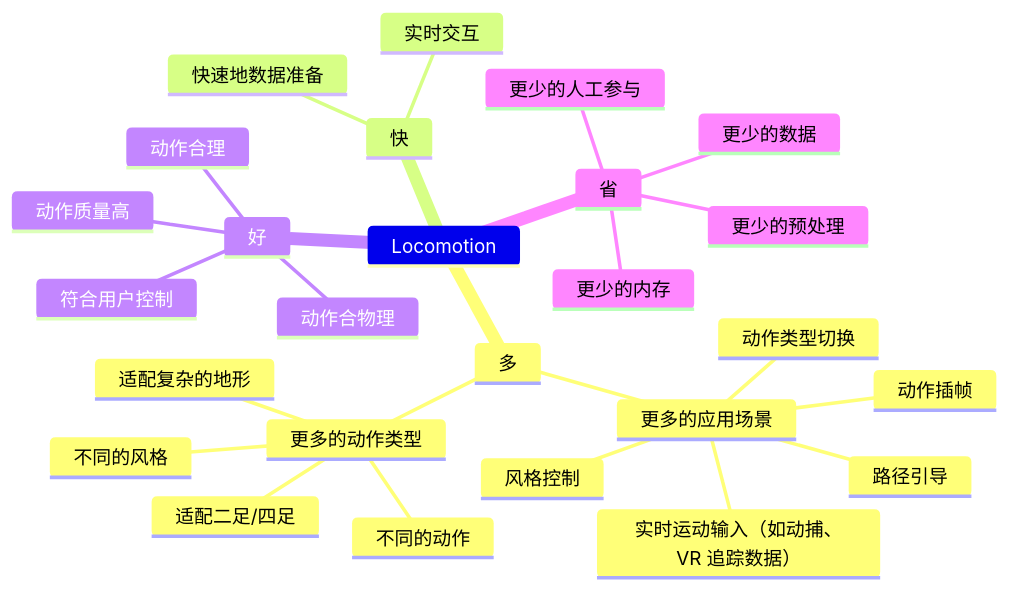
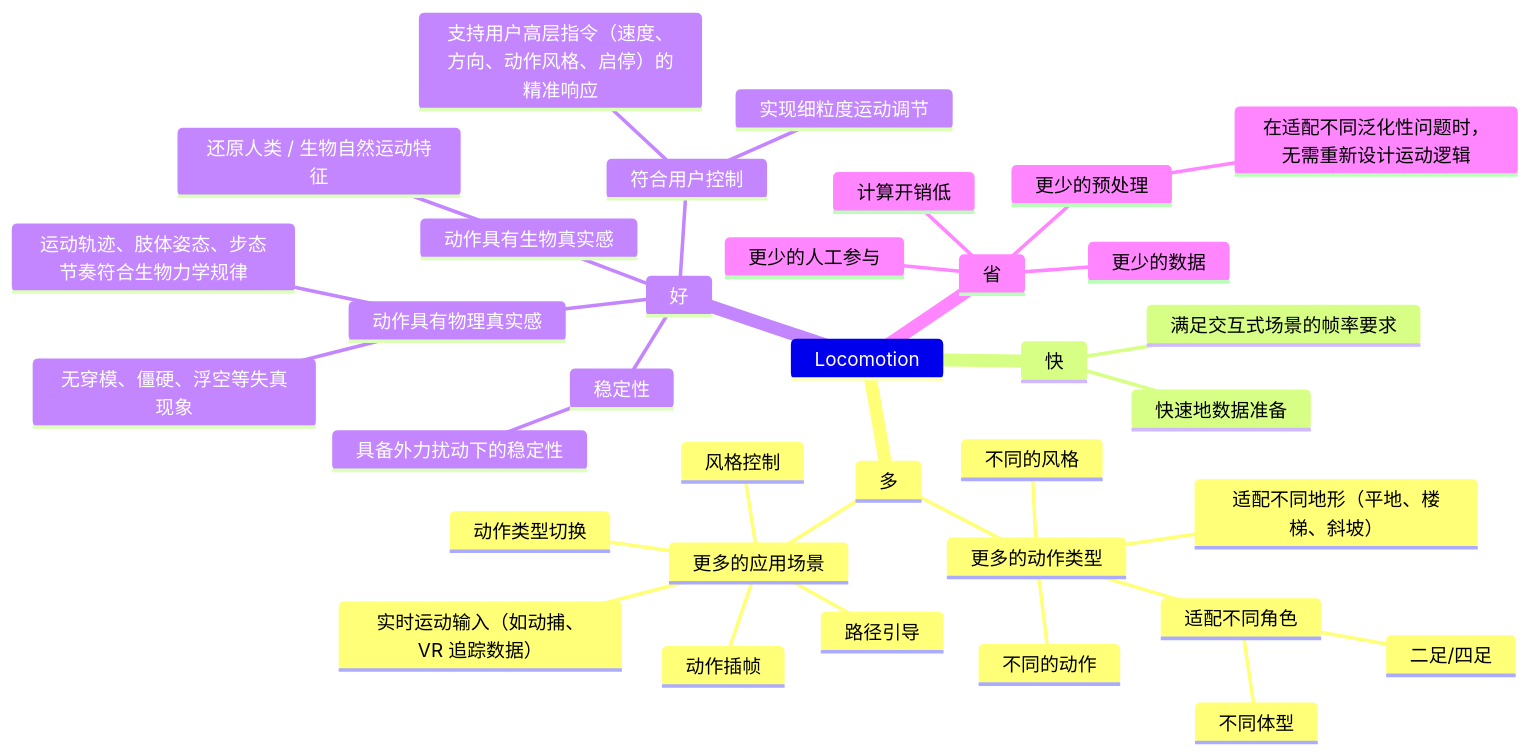
One commit to CaterpillarStudyGroup/ImportantArticles changed the first of 2 diagrams in src/MeshAnimation/SkeletonProxy/Locomotion.md. Above: the diagram before and after it, drawn with Mermaid. The commit also changed other lines of this file, not shown here.

````diff
--- a/src/MeshAnimation/SkeletonProxy/Locomotion.md
+++ b/src/MeshAnimation/SkeletonProxy/Locomotion.md
@@ -5,29 +5,38 @@
 ```mermaid
 mindmap
     Locomotion
         多
+            更多的动作类型
+                适配不同地形（平地、楼梯、斜坡）
+                适配不同角色
+                    二足/四足
+                    不同体型
+                不同的动作
+                不同的风格
             更多的应用场景
                 路径引导
                 风格控制
                 动作类型切换
                 动作插帧
                 实时运动输入（如动捕、VR 追踪数据）
-            更多的动作类型
-                适配复杂的地形
-                适配二足/四足
-                不同的动作
-                不同的风格
         快
-            实时交互
+            满足交互式场景的帧率要求
             快速地数据准备
         好
-            动作质量高
-            动作合理
-            动作合物理
+            动作具有物理真实感
+                运动轨迹、肢体姿态、步态节奏符合生物力学规律
+                无穿模、僵硬、浮空等失真现象
+            动作具有生物真实感
+                还原人类 / 生物自然运动特征
             符合用户控制
+                支持用户高层指令（速度、方向、动作风格、启停）的精准响应
+                实现细粒度运动调节
+            稳定性
+                具备外力扰动下的稳定性
         省
-            更少的内存
+            计算开销低
             更少的数据
             更少的人工参与
             更少的预处理
+                在适配不同泛化性问题时，无需重新设计运动逻辑
 ```
````
